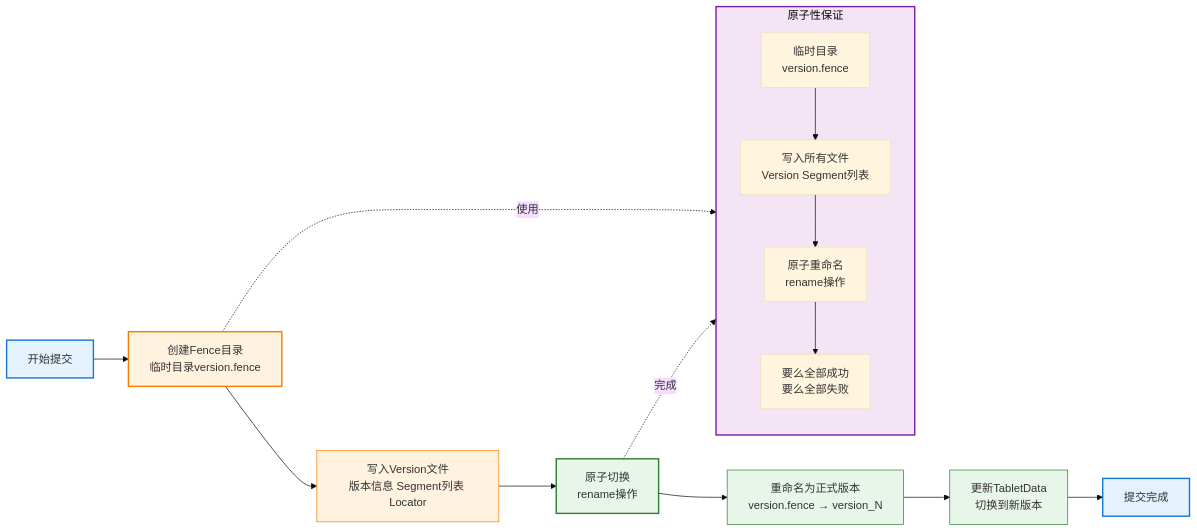
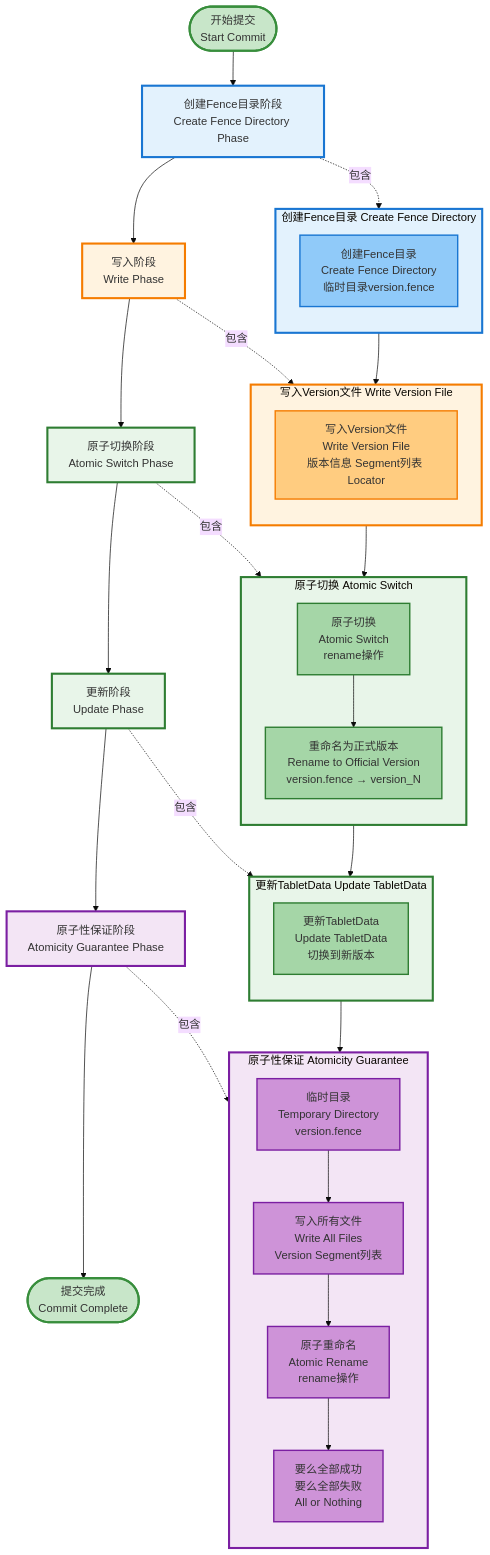
Before and after one commit to zhouzhilong-commits/zhouzhilong-commits.github.io: diagram 20 of 27 in _posts/2025-06-03-indexlib-3-build-flow.md, drawn with Mermaid (base theme). The commit also changed other lines of this file and 19 other files, not shown here.

````diff
--- a/_posts/2025-06-03-indexlib-3-build-flow.md
+++ b/_posts/2025-06-03-indexlib-3-build-flow.md
@@ -1656,35 +1784,80 @@
 ```mermaid
-flowchart LR
-    Start[开始提交] --> Create[创建Fence目录<br/>临时目录version.fence]
+flowchart TB
+    Start([开始提交<br/>Start Commit]) --> CreateLayer[创建Fence目录阶段<br/>Create Fence Directory Phase]
     
-    Create --> Write[写入Version文件<br/>版本信息 Segment列表 Locator]
-    Write --> Switch[原子切换<br/>rename操作]
-    Switch --> Rename[重命名为正式版本<br/>version.fence → version_N]
+    subgraph CreateGroup["创建Fence目录 Create Fence Directory"]
+        direction TB
+        C1[创建Fence目录<br/>Create Fence Directory<br/>临时目录version.fence]
+    end
     
-    Rename --> Update[更新TabletData<br/>切换到新版本]
-    Update --> End[提交完成]
+    CreateLayer --> WriteLayer[写入阶段<br/>Write Phase]
     
-    subgraph Atomic["原子性保证"]
+    subgraph WriteGroup["写入Version文件 Write Version File"]
         direction TB
-        A1[临时目录<br/>version.fence]
-        A2[写入所有文件<br/>Version Segment列表]
-        A3[原子重命名<br/>rename操作]
-        A4[要么全部成功<br/>要么全部失败]
-        
+        W1[写入Version文件<br/>Write Version File<br/>版本信息 Segment列表 Locator]
+    end
+    
+    WriteLayer --> SwitchLayer[原子切换阶段<br/>Atomic Switch Phase]
+    
+    subgraph SwitchGroup["原子切换 Atomic Switch"]
+        direction TB
+        S1[原子切换<br/>Atomic Switch<br/>rename操作]
+        S2[重命名为正式版本<br/>Rename to Official Version<br/>version.fence → version_N]
+        S1 --> S2
+    end
+    
+    SwitchLayer --> UpdateLayer[更新阶段<br/>Update Phase]
+    
+    subgraph UpdateGroup["更新TabletData Update TabletData"]
+        direction TB
+        U1[更新TabletData<br/>Update TabletData<br/>切换到新版本]
+    end
+    
+    UpdateLayer --> AtomicLayer[原子性保证阶段<br/>Atomicity Guarantee Phase]
+    
+    subgraph AtomicGroup["原子性保证 Atomicity Guarantee"]
+        direction TB
+        A1[临时目录<br/>Temporary Directory<br/>version.fence]
+        A2[写入所有文件<br/>Write All Files<br/>Version Segment列表]
+        A3[原子重命名<br/>Atomic Rename<br/>rename操作]
+        A4[要么全部成功<br/>要么全部失败<br/>All or Nothing]
         A1 --> A2
         A2 --> A3
         A3 --> A4
     end
     
-    Create -.->|使用| Atomic
-    Switch -.->|完成| Atomic
+    AtomicLayer --> End([提交完成<br/>Commit Complete])
     
-    style Start fill:#e3f2fd,stroke:#1976d2,stroke-width:2px
-    style Create fill:#fff3e0,stroke:#f57c00,stroke-width:2px
-    style Write fill:#fff3e0,stroke:#f57c00,stroke-width:1px
-    style Switch fill:#e8f5e9,stroke:#2e7d32,stroke-width:2px
-    style Rename fill:#e8f5e9,stroke:#2e7d32,stroke-width:1px
-    style Update fill:#e8f5e9,stroke:#2e7d32,stroke-width:1px
-    style End fill:#e3f2fd,stroke:#1976d2,stroke-width:2px
-    style Atomic fill:#f3e5f5,stroke:#7b1fa2,stroke-width:2px
+    CreateLayer -.->|包含| CreateGroup
+    WriteLayer -.->|包含| WriteGroup
+    SwitchLayer -.->|包含| SwitchGroup
+    UpdateLayer -.->|包含| UpdateGroup
+    AtomicLayer -.->|包含| AtomicGroup
+    
+    C1 --> W1
+    W1 --> S1
+    S2 --> U1
+    U1 --> A1
+    
+    style Start fill:#c8e6c9,stroke:#388e3c,stroke-width:3px
+    style End fill:#c8e6c9,stroke:#388e3c,stroke-width:3px
+    style CreateLayer fill:#e3f2fd,stroke:#1976d2,stroke-width:3px
+    style WriteLayer fill:#fff3e0,stroke:#f57c00,stroke-width:3px
+    style SwitchLayer fill:#e8f5e9,stroke:#2e7d32,stroke-width:3px
+    style UpdateLayer fill:#e8f5e9,stroke:#2e7d32,stroke-width:3px
+    style AtomicLayer fill:#f3e5f5,stroke:#7b1fa2,stroke-width:3px
+    style CreateGroup fill:#e3f2fd,stroke:#1976d2,stroke-width:3px
+    style C1 fill:#90caf9,stroke:#1976d2,stroke-width:2px
+    style WriteGroup fill:#fff3e0,stroke:#f57c00,stroke-width:3px
+    style W1 fill:#ffcc80,stroke:#f57c00,stroke-width:2px
+    style SwitchGroup fill:#e8f5e9,stroke:#2e7d32,stroke-width:3px
+    style S1 fill:#a5d6a7,stroke:#2e7d32,stroke-width:2px
+    style S2 fill:#a5d6a7,stroke:#2e7d32,stroke-width:2px
+    style UpdateGroup fill:#e8f5e9,stroke:#2e7d32,stroke-width:3px
+    style U1 fill:#a5d6a7,stroke:#2e7d32,stroke-width:2px
+    style AtomicGroup fill:#f3e5f5,stroke:#7b1fa2,stroke-width:3px
+    style A1 fill:#ce93d8,stroke:#7b1fa2,stroke-width:2px
+    style A2 fill:#ce93d8,stroke:#7b1fa2,stroke-width:2px
+    style A3 fill:#ce93d8,stroke:#7b1fa2,stroke-width:2px
+    style A4 fill:#ce93d8,stroke:#7b1fa2,stroke-width:2px
 ```
````
